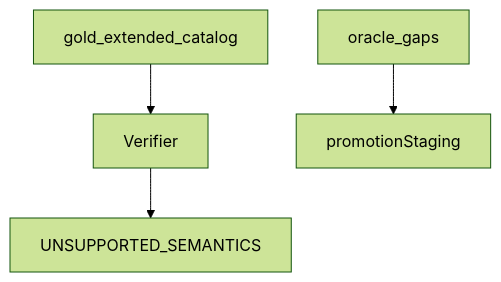
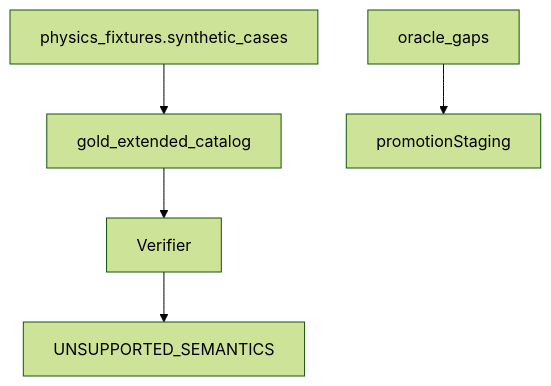
The diagram in src/mtg_loop_engine/corpus/gold_extended/README.md (witzbeck/mtg-loop-engine), drawn with Mermaid (forest theme) before and after one commit. The commit also changed other lines of this file and 35 other files, not shown here.

````diff
--- a/src/mtg_loop_engine/corpus/gold_extended/README.md
+++ b/src/mtg_loop_engine/corpus/gold_extended/README.md
@@ -11,6 +11,7 @@
 ```mermaid
 graph TB;
-  stubs[gold_extended_catalog] --> verifier[Verifier];
+  physicsHost[physics_fixtures.synthetic_cases] --> stubs[gold_extended_catalog];
+  stubs --> verifier[Verifier];
   gaps[oracle_gaps] --> staging[promotionStaging];
   verifier --> unsupported[UNSUPPORTED_SEMANTICS];
 ```
````
